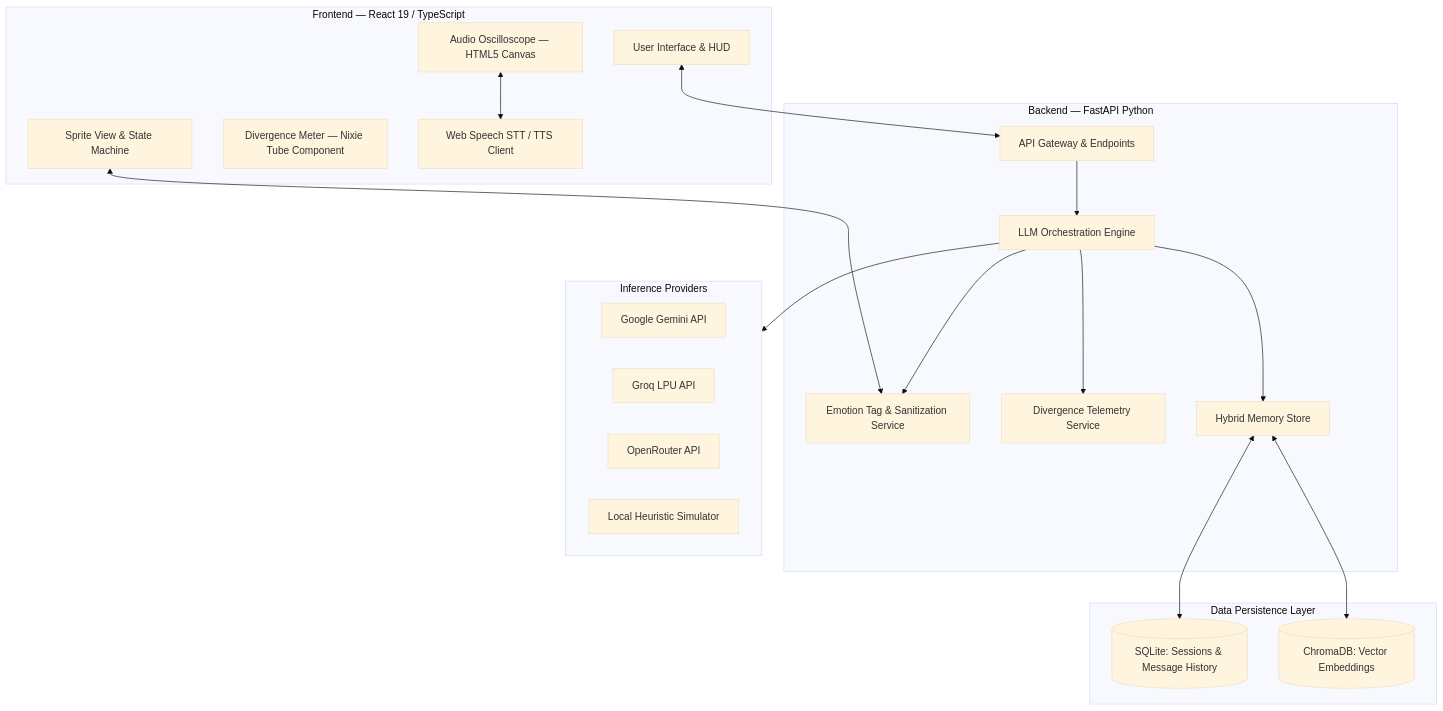
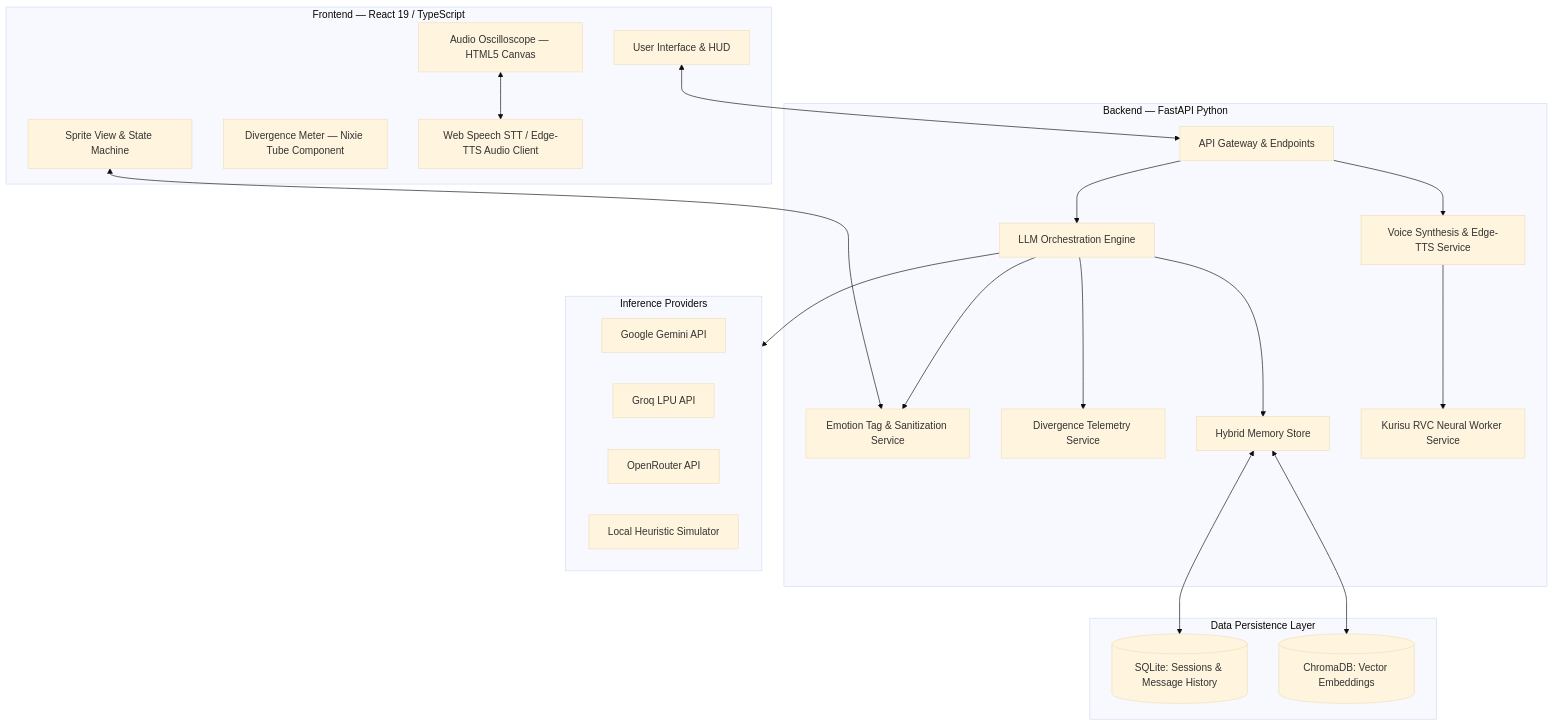
Before and after one commit to lucca3447/Kurisynth: the diagram in README.md, drawn with Mermaid (base theme). The commit also changed other lines of this file, not shown here.

Commit message:
docs: add credits, acknowledgments and RVC architecture to README

````diff
--- a/README.md
+++ b/README.md
@@ -32,41 +32,45 @@
 ```mermaid
 flowchart TD
     subgraph Client [Frontend — React 19 / TypeScript]
         UI[User Interface & HUD]
         SpriteEngine[Sprite View & State Machine]
         Oscilloscope[Audio Oscilloscope — HTML5 Canvas]
         NixieMeter[Divergence Meter — Nixie Tube Component]
-        SpeechClient[Web Speech STT / TTS Client]
+        SpeechClient[Web Speech STT / Edge-TTS Audio Client]
     end
 
     subgraph Server [Backend — FastAPI Python]
         Router[API Gateway & Endpoints]
         Orchestrator[LLM Orchestration Engine]
         EmotionParser[Emotion Tag & Sanitization Service]
         DivergenceService[Divergence Telemetry Service]
         MemoryStore[Hybrid Memory Store]
+        VoiceService[Voice Synthesis & Edge-TTS Service]
+        RVCWorker[Kurisu RVC Neural Worker Service]
     end
 
     subgraph Database [Data Persistence Layer]
         SQLite[(SQLite: Sessions & Message History)]
         ChromaDB[(ChromaDB: Vector Embeddings)]
     end
 
     subgraph ExternalLLMs [Inference Providers]
         Gemini[Google Gemini API]
         Groq[Groq LPU API]
         OpenRouter[OpenRouter API]
         OfflineSim[Local Heuristic Simulator]
     end
 
     UI <--> Router
     Router --> Orchestrator
+    Router --> VoiceService
+    VoiceService --> RVCWorker
     Orchestrator --> MemoryStore
     Orchestrator --> EmotionParser
     Orchestrator --> DivergenceService
     Orchestrator --> ExternalLLMs
     MemoryStore <--> SQLite
     MemoryStore <--> ChromaDB
     SpriteEngine <--> EmotionParser
     Oscilloscope <--> SpeechClient
 ```
````
